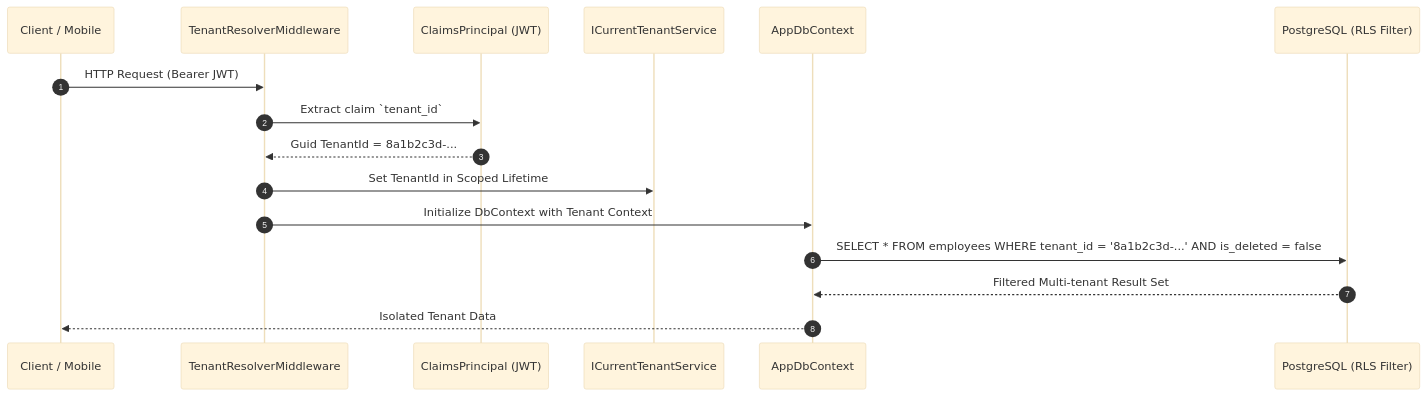
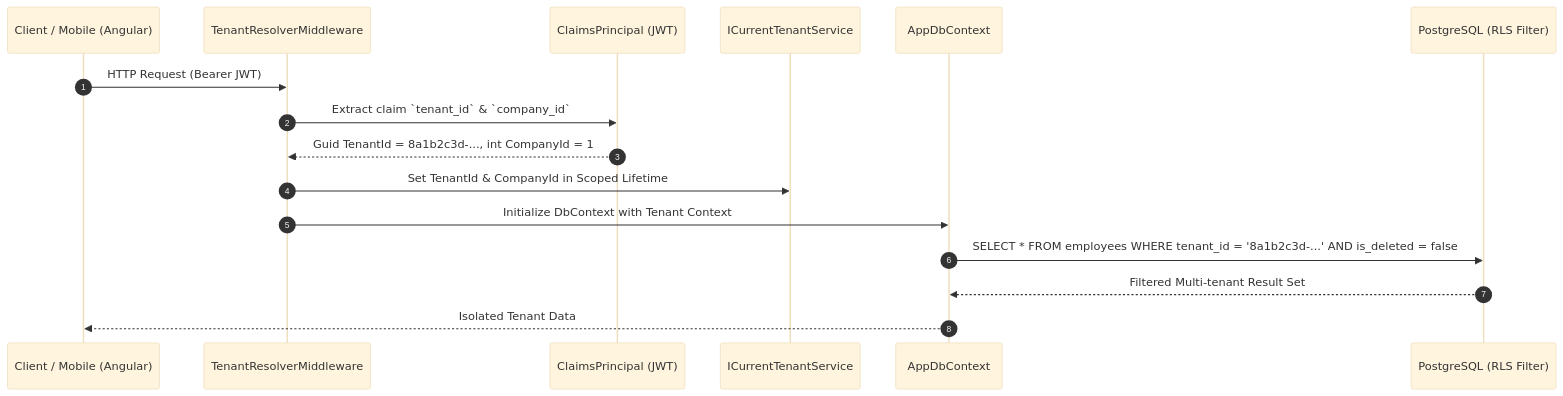
One commit to satyakidushyant/workora changed the fourth of 11 diagrams in backend/docs/TechnicalDocument.md. Above: the diagram before and after it, drawn with Mermaid (base theme). The commit also changed other lines of this file and 16 other files, not shown here.

````diff
--- a/backend/docs/TechnicalDocument.md
+++ b/backend/docs/TechnicalDocument.md
@@ -560,19 +588,19 @@
 ```mermaid
 sequenceDiagram
     autonumber
-    participant C as Client / Mobile
+    participant C as Client / Mobile (Angular)
     participant MW as TenantResolverMiddleware
     participant Claims as ClaimsPrincipal (JWT)
     participant Svc as ICurrentTenantService
     participant EF as AppDbContext
     participant PG as PostgreSQL (RLS Filter)
 
     C->>MW: HTTP Request (Bearer JWT)
-    MW->>Claims: Extract claim `tenant_id`
-    Claims-->>MW: Guid TenantId = 8a1b2c3d-...
-    MW->>Svc: Set TenantId in Scoped Lifetime
+    MW->>Claims: Extract claim `tenant_id` & `company_id`
+    Claims-->>MW: Guid TenantId = 8a1b2c3d-..., int CompanyId = 1
+    MW->>Svc: Set TenantId & CompanyId in Scoped Lifetime
     MW->>EF: Initialize DbContext with Tenant Context
     EF->>PG: SELECT * FROM employees WHERE tenant_id = '8a1b2c3d-...' AND is_deleted = false
     PG-->>EF: Filtered Multi-tenant Result Set
     EF-->>C: Isolated Tenant Data
 ```
````
